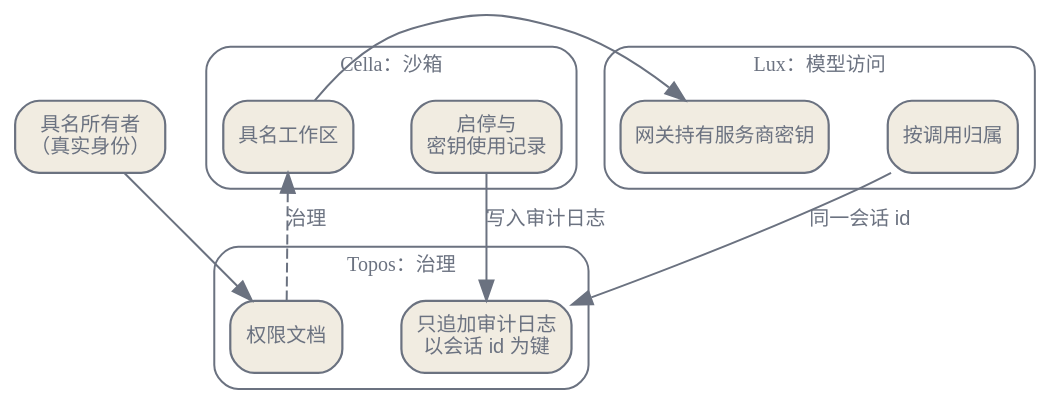
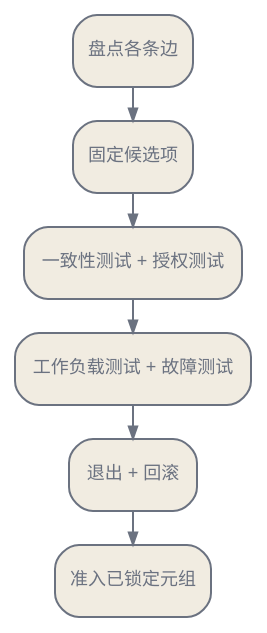
The third of 3 diagrams in zh/ecosystem/03-tooling-ecosystem.qmd (latere-ai/ai-as-an-infrastructure), drawn with Graphviz before and after one commit. The commit also changed other lines of this file and 3 other files, not shown here.

````diff
--- a/zh/ecosystem/03-tooling-ecosystem.qmd
+++ b/zh/ecosystem/03-tooling-ecosystem.qmd
@@ -241,35 +283,21 @@
 ```{dot}
-//| label: fig-tooling-composition
-//| fig-cap: "各层围绕同一个会话 id 组合。治理读取沙箱审计日志，网关的归属索引到同一个会话 id，而一个具名所有者把这一切系到一个真实身份上。"
-digraph {
+//| label: fig-tooling-adoption
+//| fig-cap: "采用工具是一套准入流程。候选项必须留在生产路径之外，直到版本与边界完成盘点、权限与故障行为通过测试，并且回滚已经演练。"
+digraph tooling_adoption {
   bgcolor="transparent";
   rankdir=TB;
-  nodesep=0.4; ranksep=0.5;
-  node [shape=box, style="rounded,filled", fontname="Helvetica", fontsize=10, color="#6b7280", fontcolor="#6b7280", fillcolor="#f1ece1", penwidth=1.1];
-  edge [fontsize=10, fontname="Helvetica", color="#6b7280", fontcolor="#6b7280"];
-
-  owner [label="具名所有者\n（真实身份）"];
-
-  subgraph cluster_cella {
-    label="Cella：沙箱"; style=rounded; color="#6b7280"; fontcolor="#6b7280"; fontsize=10;
-    rec [label="启停与\n密钥使用记录"];
-    work [label="具名工作区"];
-  }
-  subgraph cluster_lux {
-    label="Lux：模型访问"; style=rounded; color="#6b7280"; fontcolor="#6b7280"; fontsize=10;
-    gw [label="网关持有服务商密钥"];
-    attr [label="按调用归属"];
-  }
-  subgraph cluster_topos {
-    label="Topos：治理"; style=rounded; color="#6b7280"; fontcolor="#6b7280"; fontsize=10;
-    doc [label="权限文档"];
-    log [label="只追加审计日志\n以会话 id 为键"];
-  }
-
-  owner -> doc;
-  doc -> work [label="治理", style=dashed];
-  rec -> log [label="写入审计日志"];
-  attr -> log [label="同一会话 id"];
-  work -> gw;
+  nodesep=0.13;
+  ranksep=0.24;
+  node [shape=box, style="rounded,filled", fontname="Helvetica", fontsize=9,
+        color="#6b7280", fontcolor="#6b7280", fillcolor="#f1ece1",
+        margin="0.10,0.07"];
+  edge [color="#6b7280", arrowsize=0.6];
+  I [label="盘点各条边"];
+  P [label="固定候选项"];
+  C [label="一致性测试 + 授权测试"];
+  W [label="工作负载测试 + 故障测试"];
+  R [label="退出 + 回滚"];
+  G [label="准入已锁定元组"];
+  I -> P -> C -> W -> R -> G;
 }
 ```
````
